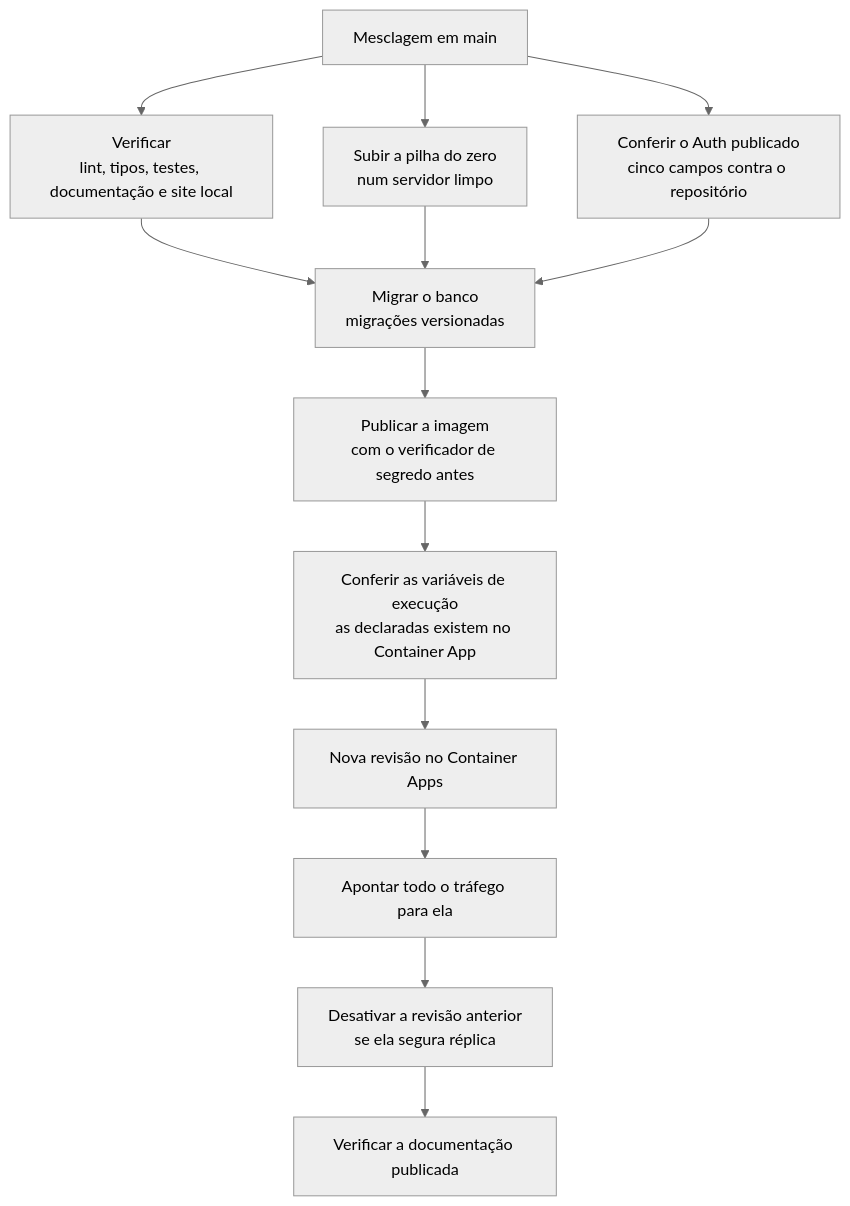
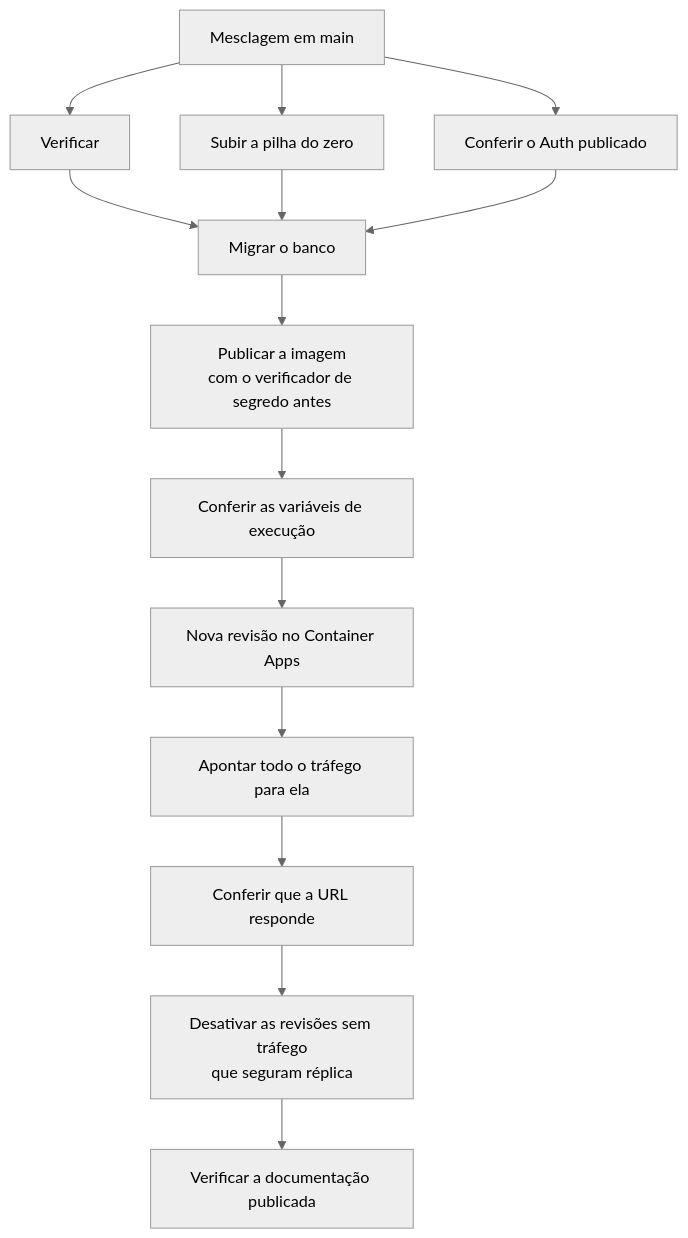
Before and after one commit to natanjunior/8FSDT-Hackathon: the diagram in docs/infraestrutura.md, drawn with Mermaid (neutral theme). The commit also changed other lines of this file, not shown here.

Commit message:
docs(infraestrutura): o passo da URL, a desativacao fiel ao workflow, e o desenho na coluna
Em cima da correcao que ja estava na develop, tres faltas contra o
entrega.yml:

- o passo "conferir que a URL publica responde", que roda depois de
  apontar o trafego e antes da desativacao, nao estava no desenho;
- a desativacao dizia "a revisao anterior, se ela segura replica"; o
  workflow desativa as revisoes SEM TRAFEGO que seguram replica — plural,
  e o criterio e o trafego, nao a ordem;
- o paragrafo nao dizia o que a implantacao confere depois de mexer.

E a largura: com os rotulos longos o desenho media 844 px numa coluna de
744, medido com o mermaid do projeto e useMaxWidth: false. Os rotulos
encolheram para uma linha e ele passou a 688. O que eles diziam — os
cinco campos do Auth, as variaveis declaradas que existem no Container
App — ja esta no paragrafo logo abaixo, entao o desenho nao perde nada.

````diff
--- a/docs/infraestrutura.md
+++ b/docs/infraestrutura.md
@@ -56,27 +56,29 @@
 ```mermaid
 flowchart TB
     MERGE["Mesclagem em main"]
-    VER["Verificar<br/>lint, tipos, testes, documentação e site local"]
-    COMPOSE["Subir a pilha do zero<br/>num servidor limpo"]
-    AUTH["Conferir o Auth publicado<br/>cinco campos contra o repositório"]
-    MIG["Migrar o banco<br/>migrações versionadas"]
+    VER["Verificar"]
+    COMPOSE["Subir a pilha do zero"]
+    AUTH["Conferir o Auth publicado"]
+    MIG["Migrar o banco"]
     IMG["Publicar a imagem<br/>com o verificador de segredo antes"]
-    AMB["Conferir as variáveis de execução<br/>as declaradas existem no Container App"]
+    AMB["Conferir as variáveis de execução"]
     REV["Nova revisão no Container Apps"]
     TRAF["Apontar todo o tráfego para ela"]
-    DESAT["Desativar a revisão anterior<br/>se ela segura réplica"]
+    URL["Conferir que a URL responde"]
+    DESAT["Desativar as revisões sem tráfego<br/>que seguram réplica"]
     SITE["Verificar a documentação publicada"]
 
     MERGE --> VER
     MERGE --> COMPOSE
     MERGE --> AUTH
     VER --> MIG
     COMPOSE --> MIG
     AUTH --> MIG
     MIG --> IMG
     IMG --> AMB
     AMB --> REV
     REV --> TRAF
-    TRAF --> DESAT
+    TRAF --> URL
+    URL --> DESAT
     DESAT --> SITE
 ```
````
